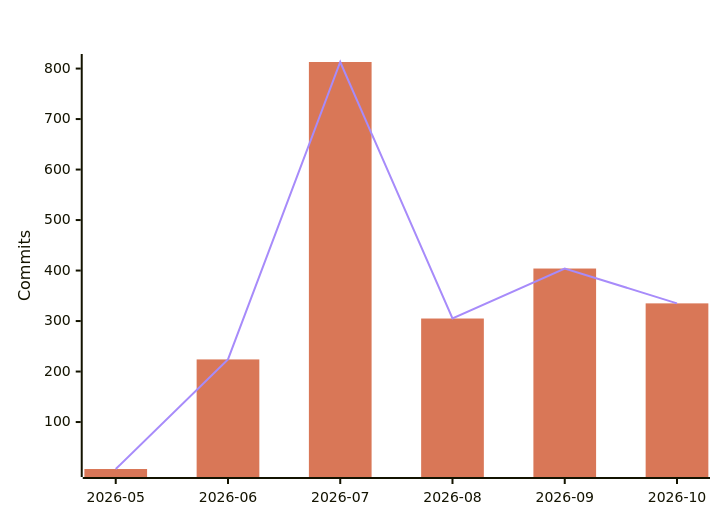
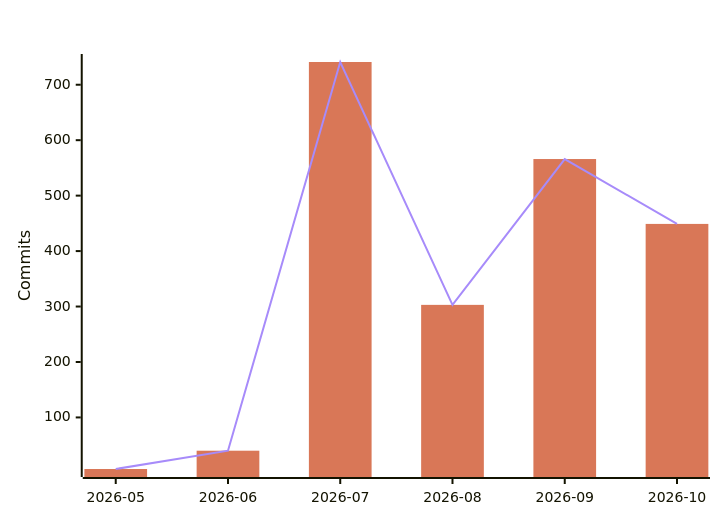
One commit to polo-nyan/polo-nyan changed the fourth of 7 diagrams in README.md. Above: the diagram before and after it, drawn with Mermaid. The commit also changed other lines of this file and 1 other file, not shown here.

````diff
--- a/README.md
+++ b/README.md
@@ -294,9 +294,9 @@
 ```mermaid
 %%{init: {"xyChart": {"titleColor": "#ffffff", "xAxisLabelColor": "#ffffff", "yAxisLabelColor": "#ffffff"}, "themeVariables": {"xyChart": {"titleColor": "#ffffff", "plotColorPalette": "#d97757, #a78bfa"}}}}%%
 xychart-beta
     title "AI-Assisted Commits Per Month"
     x-axis ["2026-05", "2026-06", "2026-07", "2026-08", "2026-09", "2026-10"]
     y-axis "Commits"
-    bar [7, 224, 813, 305, 404, 335]
-    line [7, 224, 813, 305, 404, 335]
+    bar [7, 40, 741, 303, 566, 449]
+    line [7, 40, 741, 303, 566, 449]
 ```
````
